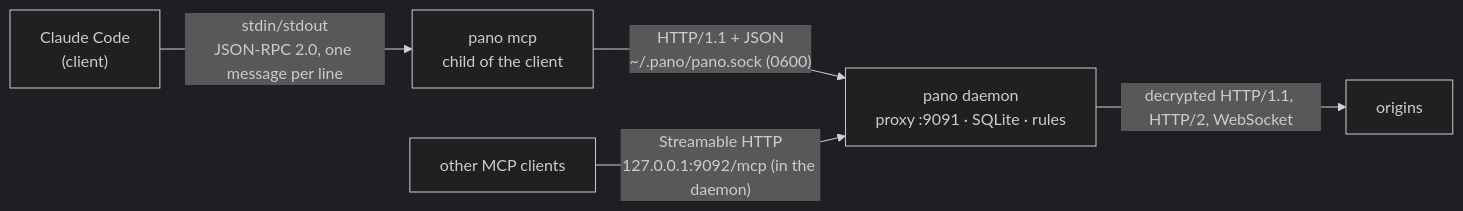
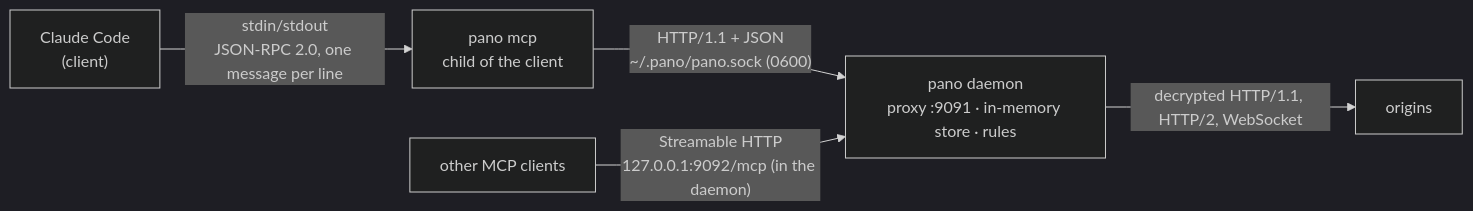
One commit to OrRon/pano changed the first of 4 diagrams in docs/mcp-protocol.md. Above: the diagram before and after it, drawn with Mermaid (dark theme). The commit also changed other lines of this file and 41 other files, not shown here.

First line of the commit message:
feat(store): keep captures in memory only; every start is fresh (ADR 0011)

````diff
--- a/docs/mcp-protocol.md
+++ b/docs/mcp-protocol.md
@@ -13,11 +13,11 @@
 ```mermaid
 flowchart LR
     CC["Claude Code<br/>(client)"]
     MCP["pano mcp<br/>child of the client"]
-    D["pano daemon<br/>proxy :9091 · SQLite · rules"]
+    D["pano daemon<br/>proxy :9091 · in-memory store · rules"]
     O["origins"]
     CC -- "stdin/stdout<br/>JSON-RPC 2.0, one message per line" --> MCP
     MCP -- "HTTP/1.1 + JSON<br/>~/.pano/pano.sock (0600)" --> D
     D -- "decrypted HTTP/1.1, HTTP/2, WebSocket" --> O
     H["other MCP clients"] -- "Streamable HTTP<br/>127.0.0.1:9092/mcp (in the daemon)" --> D
 ```
````
